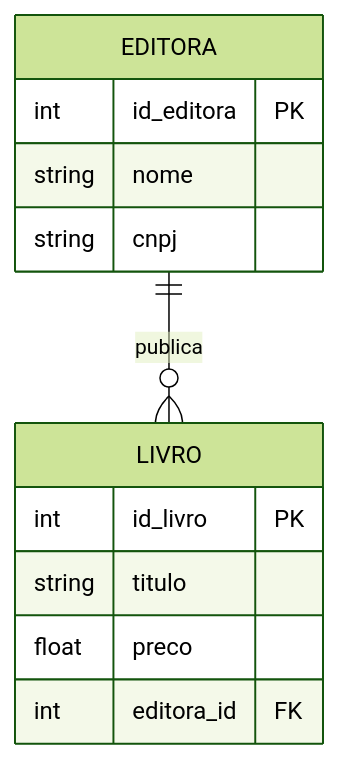
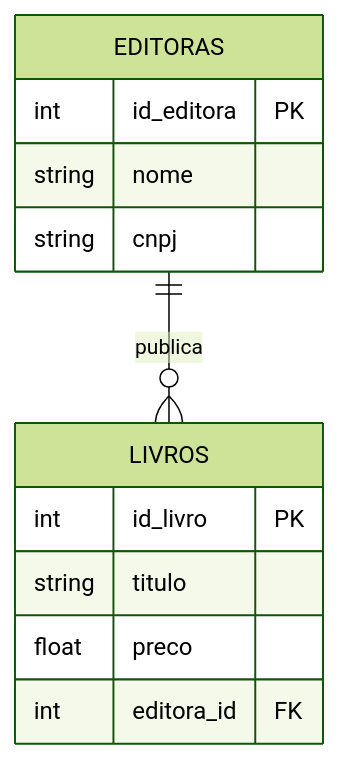
Diagram 11 of 13 in docs/aulas/Aula_03_Relacionamentos_Cardinalidade.md (GTI-Fatec-Jahu/BDA-GTI-2026-2), drawn with Mermaid (forest theme) before and after one commit. The commit also changed other lines of this file and 5 other files, not shown here.

````diff
--- a/docs/aulas/Aula_03_Relacionamentos_Cardinalidade.md
+++ b/docs/aulas/Aula_03_Relacionamentos_Cardinalidade.md
@@ -801,15 +801,15 @@
 ```mermaid
 erDiagram
-    EDITORA {
+    EDITORAS {
         int id_editora PK
         string nome
         string cnpj
     }
-    LIVRO {
+    LIVROS {
         int id_livro PK
         string titulo
         float preco
         int editora_id FK
     }
-    EDITORA ||--o{ LIVRO : "publica"
+    EDITORAS ||--o{ LIVROS : "publica"
 ```
````
